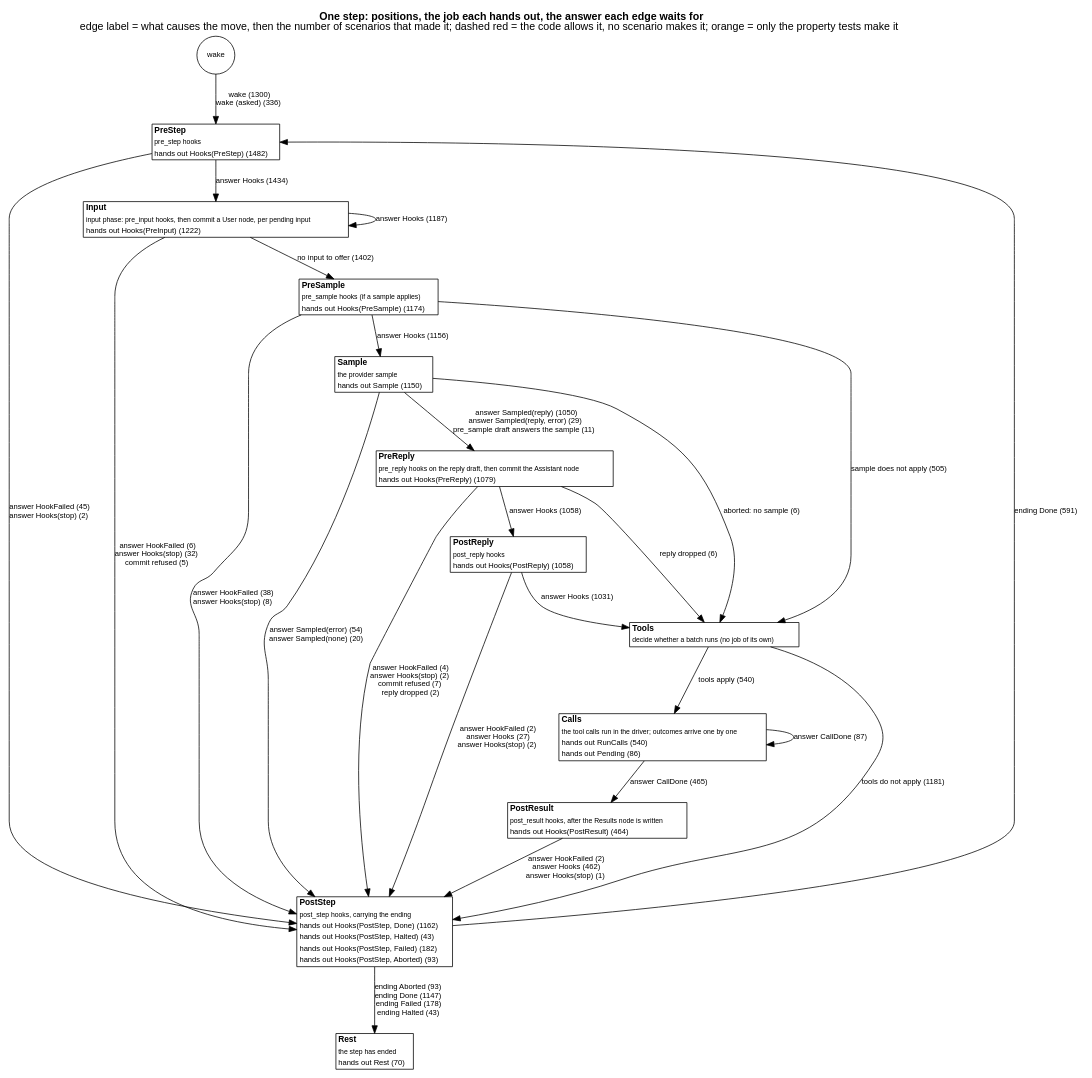
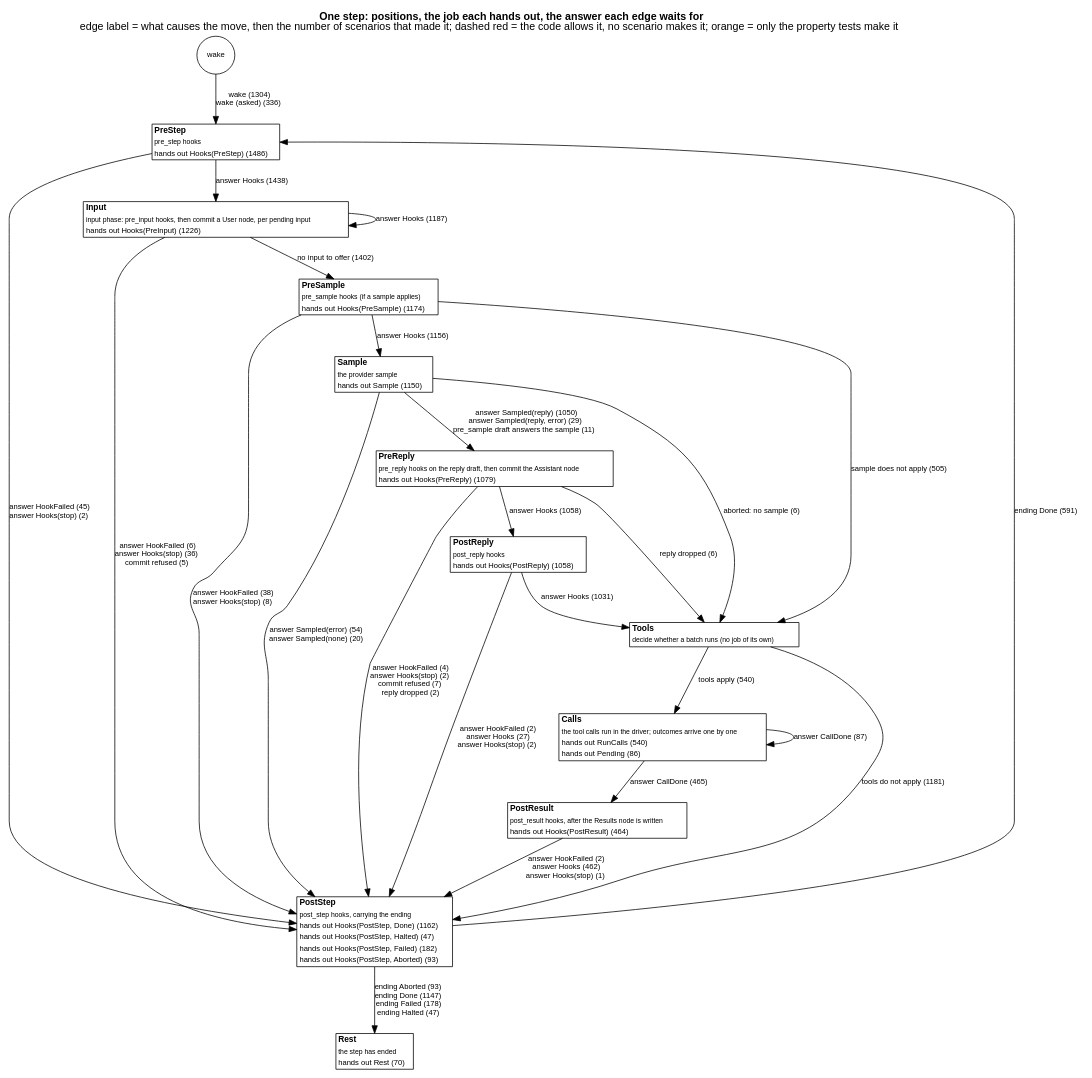
Before and after one commit to jmccardle/tau: the diagram in docs/as-built/diagrams/step-positions.dot, drawn with Graphviz. The commit also changed 25 other files, not shown here.

```diff
--- a/docs/as-built/diagrams/step-positions.dot
+++ b/docs/as-built/diagrams/step-positions.dot
@@ -1,42 +1,42 @@
 // Generated by scripts/diagrams.sh from the test suites' transitions. Do not edit.
 digraph step_positions {
   graph [rankdir=TB, fontname="Helvetica", nodesep=0.5, ranksep=0.6, labelloc=t, label=<<b>One step: positions, the job each hands out, the answer each edge waits for</b><br/>edge label = what causes the move, then the number of scenarios that made it; dashed red = the code allows it, no scenario makes it; orange = only the property tests make it>];
   node [shape=plain, fontname="Helvetica", fontsize=11];
   edge [fontname="Helvetica", fontsize=10];
   "(wake)" [shape=circle, label="wake", fontsize=10];
-  "PreStep" [label=<<table border="1" cellborder="0" cellspacing="0" bgcolor="white"><tr><td align="left"><b>PreStep</b></td></tr><tr><td align="left"><font point-size="9">pre_step hooks</font></td></tr><tr><td align="left"><font color="black" point-size="10">hands out Hooks(PreStep) (1482)</font></td></tr></table>>];
-  "Input" [label=<<table border="1" cellborder="0" cellspacing="0" bgcolor="white"><tr><td align="left"><b>Input</b></td></tr><tr><td align="left"><font point-size="9">input phase: pre_input hooks, then commit a User node, per pending input</font></td></tr><tr><td align="left"><font color="black" point-size="10">hands out Hooks(PreInput) (1222)</font></td></tr></table>>];
+  "PreStep" [label=<<table border="1" cellborder="0" cellspacing="0" bgcolor="white"><tr><td align="left"><b>PreStep</b></td></tr><tr><td align="left"><font point-size="9">pre_step hooks</font></td></tr><tr><td align="left"><font color="black" point-size="10">hands out Hooks(PreStep) (1486)</font></td></tr></table>>];
+  "Input" [label=<<table border="1" cellborder="0" cellspacing="0" bgcolor="white"><tr><td align="left"><b>Input</b></td></tr><tr><td align="left"><font point-size="9">input phase: pre_input hooks, then commit a User node, per pending input</font></td></tr><tr><td align="left"><font color="black" point-size="10">hands out Hooks(PreInput) (1226)</font></td></tr></table>>];
   "PreSample" [label=<<table border="1" cellborder="0" cellspacing="0" bgcolor="white"><tr><td align="left"><b>PreSample</b></td></tr><tr><td align="left"><font point-size="9">pre_sample hooks (if a sample applies)</font></td></tr><tr><td align="left"><font color="black" point-size="10">hands out Hooks(PreSample) (1174)</font></td></tr></table>>];
   "Sample" [label=<<table border="1" cellborder="0" cellspacing="0" bgcolor="white"><tr><td align="left"><b>Sample</b></td></tr><tr><td align="left"><font point-size="9">the provider sample</font></td></tr><tr><td align="left"><font color="black" point-size="10">hands out Sample (1150)</font></td></tr></table>>];
   "PreReply" [label=<<table border="1" cellborder="0" cellspacing="0" bgcolor="white"><tr><td align="left"><b>PreReply</b></td></tr><tr><td align="left"><font point-size="9">pre_reply hooks on the reply draft, then commit the Assistant node</font></td></tr><tr><td align="left"><font color="black" point-size="10">hands out Hooks(PreReply) (1079)</font></td></tr></table>>];
   "PostReply" [label=<<table border="1" cellborder="0" cellspacing="0" bgcolor="white"><tr><td align="left"><b>PostReply</b></td></tr><tr><td align="left"><font point-size="9">post_reply hooks</font></td></tr><tr><td align="left"><font color="black" point-size="10">hands out Hooks(PostReply) (1058)</font></td></tr></table>>];
   "Tools" [label=<<table border="1" cellborder="0" cellspacing="0" bgcolor="white"><tr><td align="left"><b>Tools</b></td></tr><tr><td align="left"><font point-size="9">decide whether a batch runs (no job of its own)</font></td></tr></table>>];
   "Calls" [label=<<table border="1" cellborder="0" cellspacing="0" bgcolor="white"><tr><td align="left"><b>Calls</b></td></tr><tr><td align="left"><font point-size="9">the tool calls run in the driver; outcomes arrive one by one</font></td></tr><tr><td align="left"><font color="black" point-size="10">hands out RunCalls (540)</font></td></tr><tr><td align="left"><font color="black" point-size="10">hands out Pending (86)</font></td></tr></table>>];
   "PostResult" [label=<<table border="1" cellborder="0" cellspacing="0" bgcolor="white"><tr><td align="left"><b>PostResult</b></td></tr><tr><td align="left"><font point-size="9">post_result hooks, after the Results node is written</font></td></tr><tr><td align="left"><font color="black" point-size="10">hands out Hooks(PostResult) (464)</font></td></tr></table>>];
-  "PostStep" [label=<<table border="1" cellborder="0" cellspacing="0" bgcolor="white"><tr><td align="left"><b>PostStep</b></td></tr><tr><td align="left"><font point-size="9">post_step hooks, carrying the ending</font></td></tr><tr><td align="left"><font color="black" point-size="10">hands out Hooks(PostStep, Done) (1162)</font></td></tr><tr><td align="left"><font color="black" point-size="10">hands out Hooks(PostStep, Halted) (43)</font></td></tr><tr><td align="left"><font color="black" point-size="10">hands out Hooks(PostStep, Failed) (182)</font></td></tr><tr><td align="left"><font color="black" point-size="10">hands out Hooks(PostStep, Aborted) (93)</font></td></tr></table>>];
+  "PostStep" [label=<<table border="1" cellborder="0" cellspacing="0" bgcolor="white"><tr><td align="left"><b>PostStep</b></td></tr><tr><td align="left"><font point-size="9">post_step hooks, carrying the ending</font></td></tr><tr><td align="left"><font color="black" point-size="10">hands out Hooks(PostStep, Done) (1162)</font></td></tr><tr><td align="left"><font color="black" point-size="10">hands out Hooks(PostStep, Halted) (47)</font></td></tr><tr><td align="left"><font color="black" point-size="10">hands out Hooks(PostStep, Failed) (182)</font></td></tr><tr><td align="left"><font color="black" point-size="10">hands out Hooks(PostStep, Aborted) (93)</font></td></tr></table>>];
   "Rest" [label=<<table border="1" cellborder="0" cellspacing="0" bgcolor="white"><tr><td align="left"><b>Rest</b></td></tr><tr><td align="left"><font point-size="9">the step has ended</font></td></tr><tr><td align="left"><font color="black" point-size="10">hands out Rest (70)</font></td></tr></table>>];
-  "(wake)" -> "PreStep" [label=<wake (1300)<br/>wake (asked) (336)>, color="black", style=solid];
+  "(wake)" -> "PreStep" [label=<wake (1304)<br/>wake (asked) (336)>, color="black", style=solid];
   "Calls" -> "Calls" [label=<answer CallDone (87)>, color="black", style=solid];
   "Calls" -> "PostResult" [label=<answer CallDone (465)>, color="black", style=solid];
   "Input" -> "Input" [label=<answer Hooks (1187)>, color="black", style=solid];
-  "Input" -> "PostStep" [label=<answer HookFailed (6)<br/>answer Hooks(stop) (32)<br/>commit refused (5)>, color="black", style=solid];
+  "Input" -> "PostStep" [label=<answer HookFailed (6)<br/>answer Hooks(stop) (36)<br/>commit refused (5)>, color="black", style=solid];
   "Input" -> "PreSample" [label=<no input to offer (1402)>, color="black", style=solid];
   "PostReply" -> "PostStep" [label=<answer HookFailed (2)<br/>answer Hooks (27)<br/>answer Hooks(stop) (2)>, color="black", style=solid];
   "PostReply" -> "Tools" [label=<answer Hooks (1031)>, color="black", style=solid];
   "PostResult" -> "PostStep" [label=<answer HookFailed (2)<br/>answer Hooks (462)<br/>answer Hooks(stop) (1)>, color="black", style=solid];
   "PostStep" -> "PreStep" [label=<ending Done (591)>, color="black", style=solid];
-  "PostStep" -> "Rest" [label=<ending Aborted (93)<br/>ending Done (1147)<br/>ending Failed (178)<br/>ending Halted (43)>, color="black", style=solid];
+  "PostStep" -> "Rest" [label=<ending Aborted (93)<br/>ending Done (1147)<br/>ending Failed (178)<br/>ending Halted (47)>, color="black", style=solid];
   "PreReply" -> "PostReply" [label=<answer Hooks (1058)>, color="black", style=solid];
   "PreReply" -> "PostStep" [label=<answer HookFailed (4)<br/>answer Hooks(stop) (2)<br/>commit refused (7)<br/>reply dropped (2)>, color="black", style=solid];
   "PreReply" -> "Tools" [label=<reply dropped (6)>, color="black", style=solid];
   "PreSample" -> "PostStep" [label=<answer HookFailed (38)<br/>answer Hooks(stop) (8)>, color="black", style=solid];
   "PreSample" -> "Sample" [label=<answer Hooks (1156)>, color="black", style=solid];
   "PreSample" -> "Tools" [label=<sample does not apply (505)>, color="black", style=solid];
-  "PreStep" -> "Input" [label=<answer Hooks (1434)>, color="black", style=solid];
+  "PreStep" -> "Input" [label=<answer Hooks (1438)>, color="black", style=solid];
   "PreStep" -> "PostStep" [label=<answer HookFailed (45)<br/>answer Hooks(stop) (2)>, color="black", style=solid];
   "Sample" -> "PostStep" [label=<answer Sampled(error) (54)<br/>answer Sampled(none) (20)>, color="black", style=solid];
   "Sample" -> "PreReply" [label=<answer Sampled(reply) (1050)<br/>answer Sampled(reply, error) (29)<br/>pre_sample draft answers the sample (11)>, color="black", style=solid];
   "Sample" -> "Tools" [label=<aborted: no sample (6)>, color="black", style=solid];
   "Tools" -> "Calls" [label=<tools apply (540)>, color="black", style=solid];
   "Tools" -> "PostStep" [label=<tools do not apply (1181)>, color="black", style=solid];
 }
```
